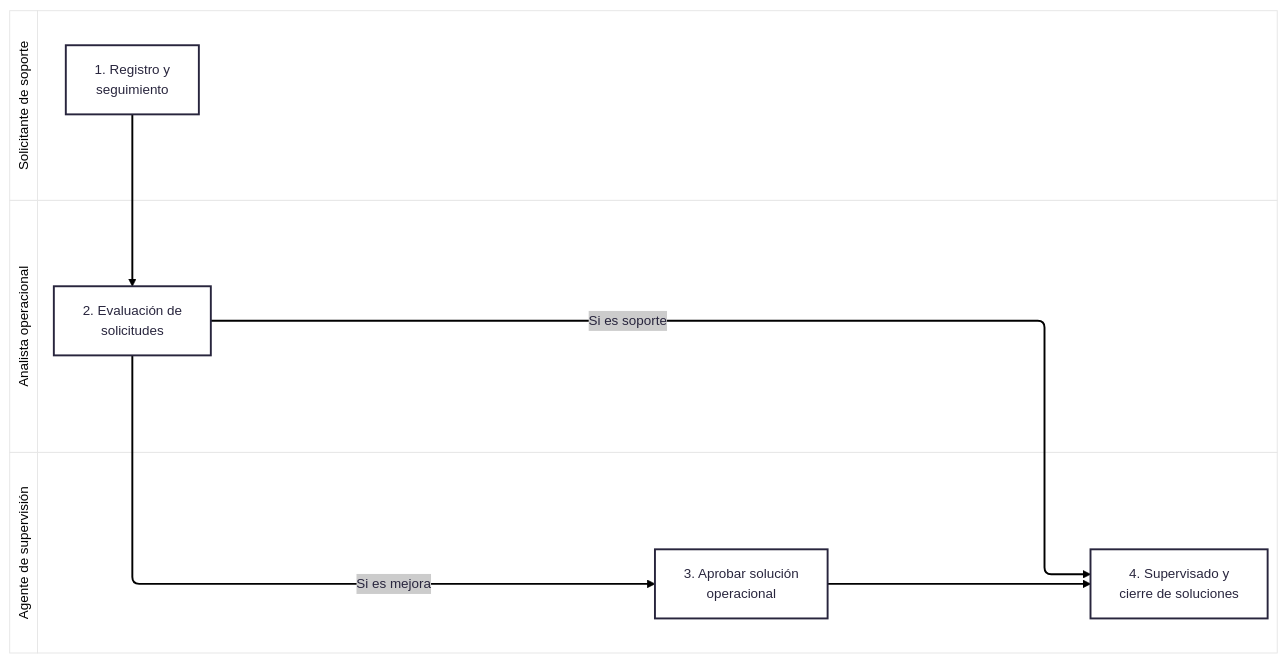
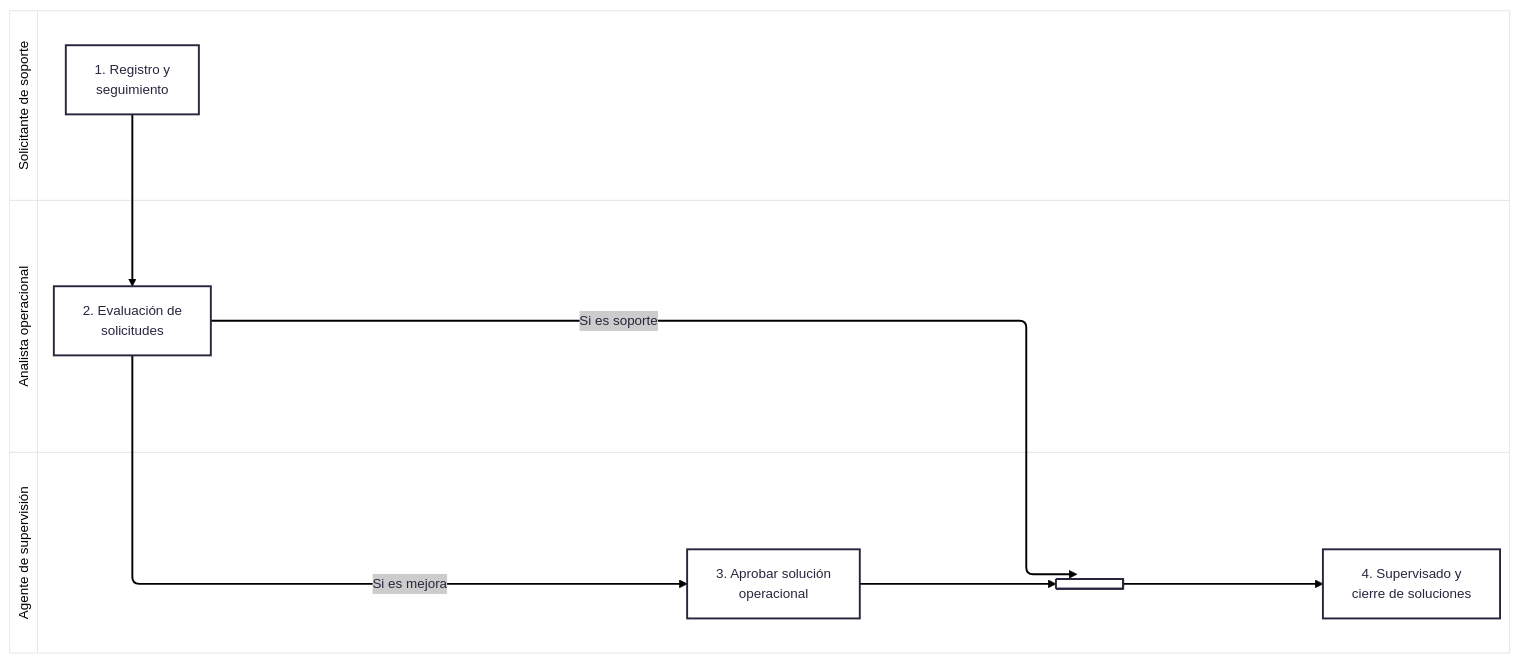
Before and after one commit to the-alive-lab/vslices: the diagram in products/docs-standard/diagramas/work-coordination-diagram.md, drawn with Mermaid.

````diff
--- a/products/docs-standard/diagramas/work-coordination-diagram.md
+++ b/products/docs-standard/diagramas/work-coordination-diagram.md
@@ -54,24 +54,26 @@
 ```mermaid
 ---
 config:
   theme: redux-color
 ---
 swimlane-beta LR
     subgraph solicitante ["Solicitante de soporte"]
         registrar["1. Registro y<br/>seguimiento"]
     end
 
     subgraph analista ["Analista operacional"]
         evaluar["2. Evaluación de<br/>solicitudes"]
     end
 
     subgraph agente ["Agente de supervisión"]
         aprobar["3. Aprobar solución<br/>operacional"]
+        sync@{ shape: fork }
         supervisar["4. Supervisado y<br/>cierre de soluciones"]
     end
 
     registrar --> evaluar
-    evaluar -->|"Si es soporte"| supervisar
+    evaluar -->|"Si es soporte"| sync
     evaluar -->|"Si es mejora"| aprobar
-    aprobar --> supervisar
+    aprobar --> sync
+    sync --> supervisar
 ```
````
